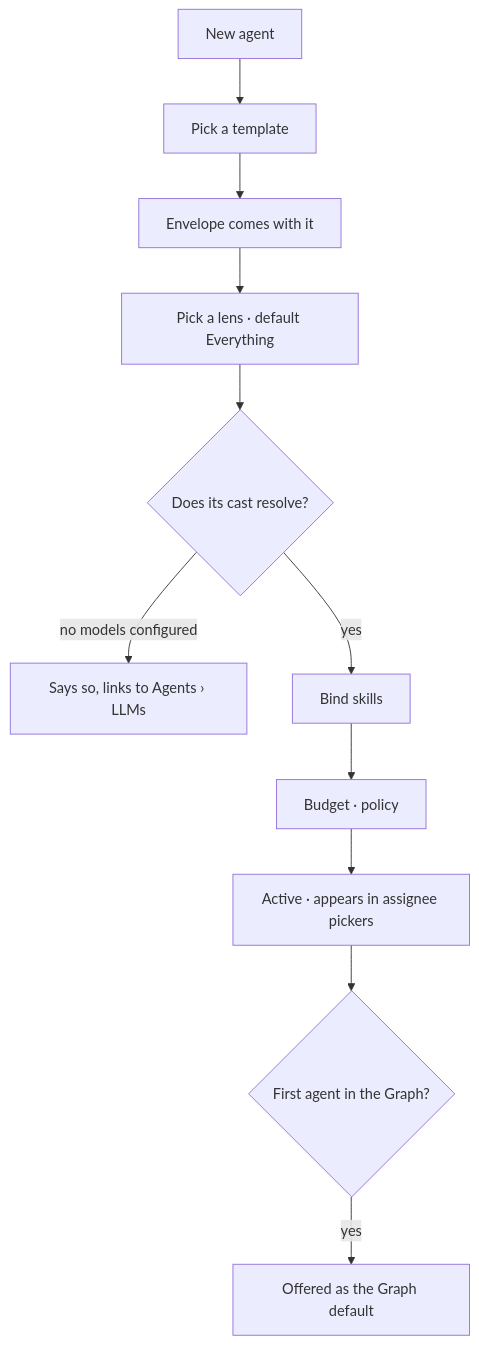
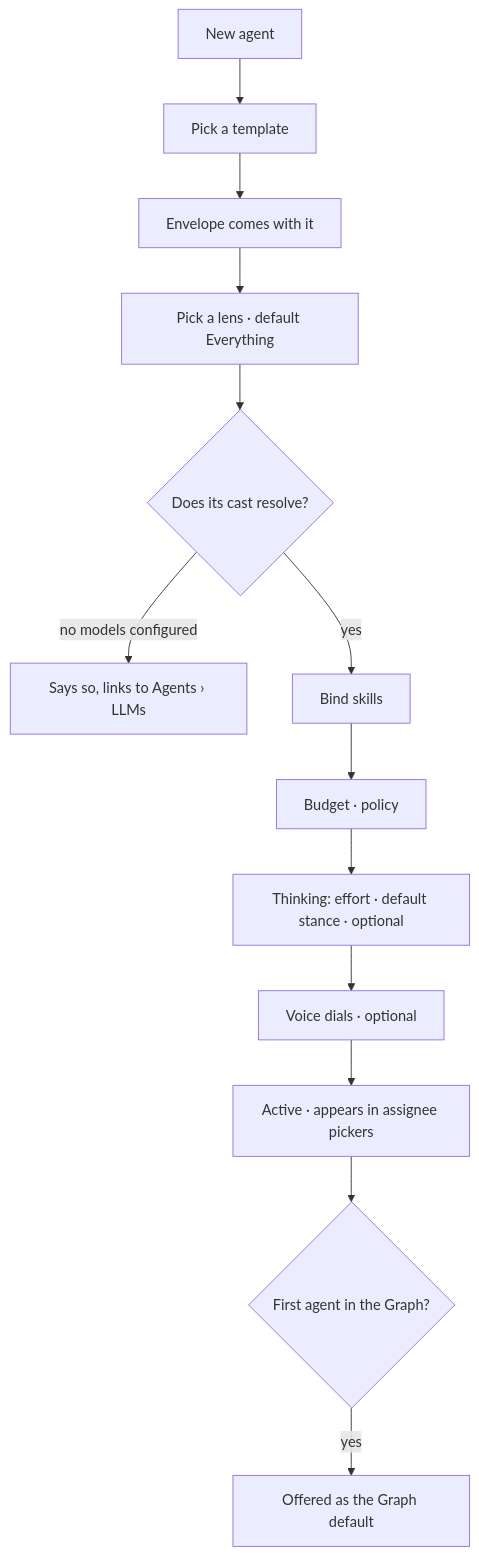
One commit to invana/invana changed the diagram in docs/for-developers/modules/agents/features/author-an-agent.md. Above: the diagram before and after it, drawn with Mermaid. The commit also changed other lines of this file and 7 other files, not shown here.

First line of the commit message:
docs: agent shape — callables, voice dials, effort, default stance, the composition map

````diff
--- a/docs/for-developers/modules/agents/features/author-an-agent.md
+++ b/docs/for-developers/modules/agents/features/author-an-agent.md
@@ -39,13 +43,15 @@
 ```mermaid
 flowchart TD
     A[New agent] --> B[Pick a template]
     B --> C[Envelope comes with it]
     C --> D[Pick a lens · default Everything]
     D --> E{Does its cast resolve?}
     E -->|no models configured| F[Says so, links to Agents › LLMs]
     E -->|yes| G[Bind skills]
     G --> H[Budget · policy]
-    H --> I[Active · appears in assignee pickers]
+    H --> TH[Thinking: effort · default stance · optional]
+    TH --> V[Voice dials · optional]
+    V --> I[Active · appears in assignee pickers]
     I --> J{First agent in the Graph?}
     J -->|yes| K[Offered as the Graph default]
 ```
````
